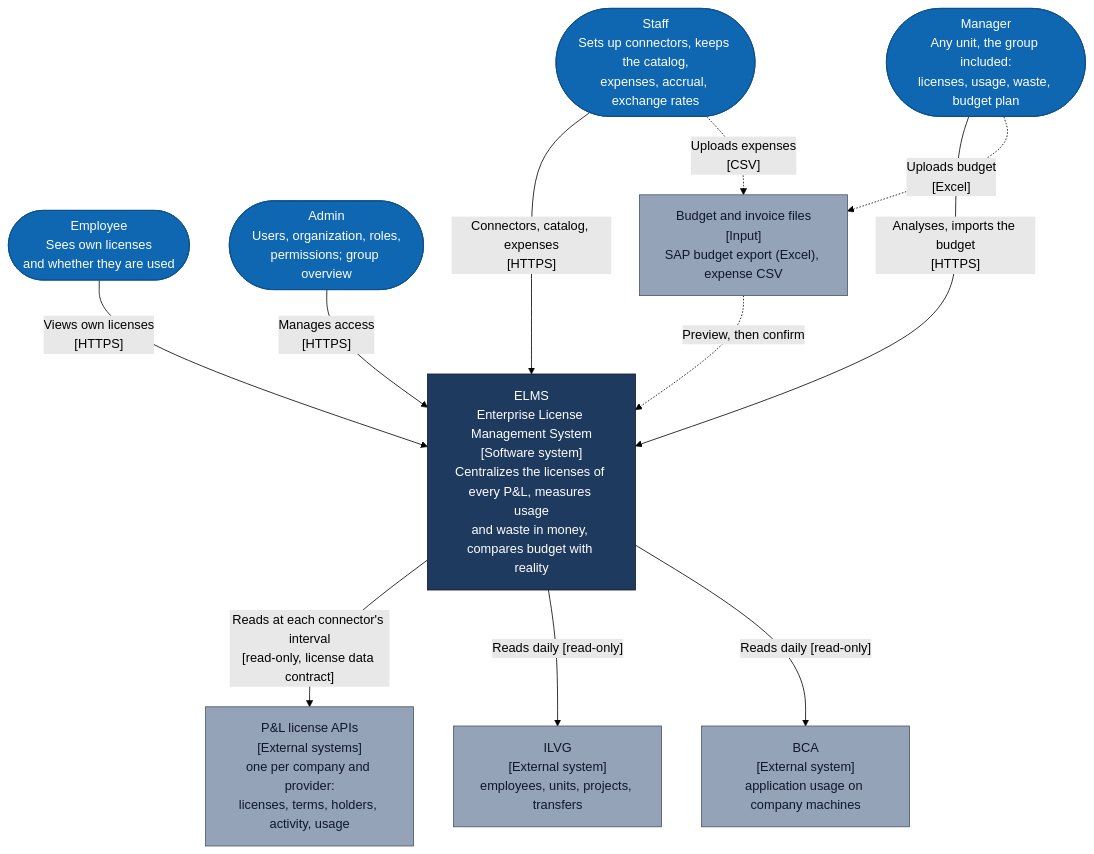
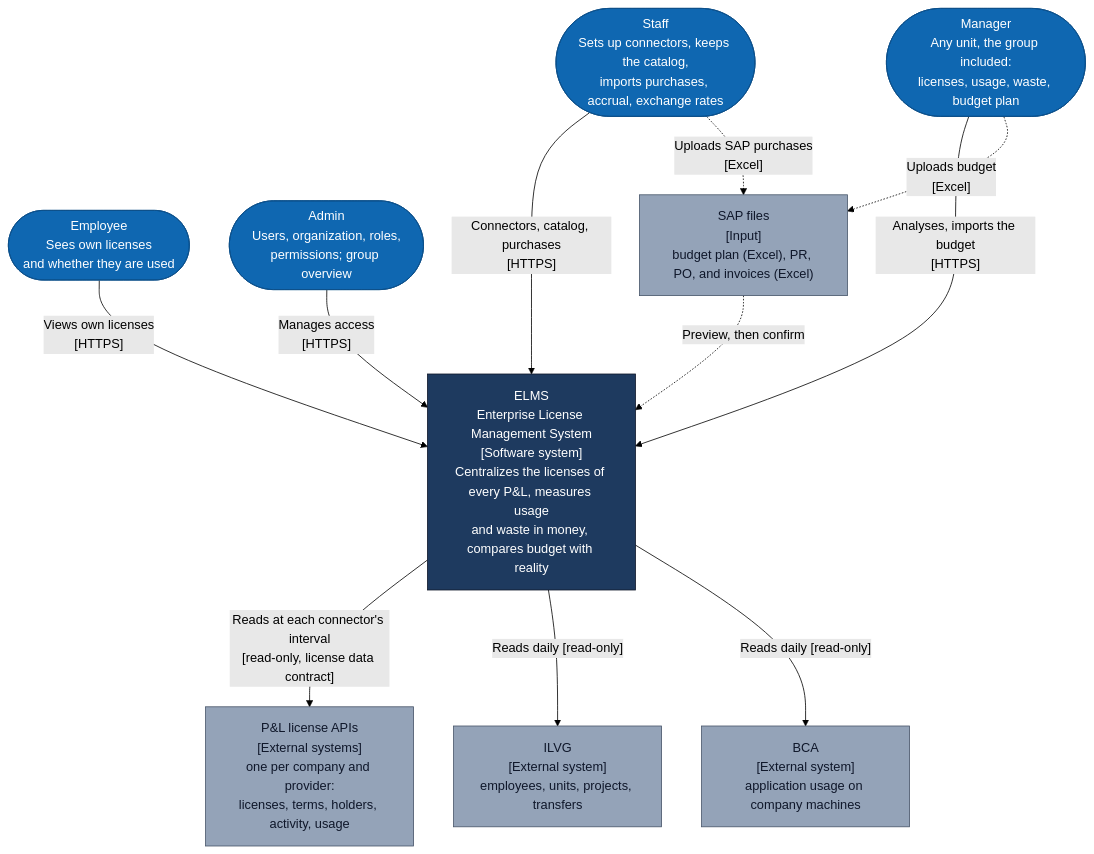
One commit to cuonglpv/VFast changed the first of 7 diagrams in docs/07-c4-architecture.md. Above: the diagram before and after it, drawn with Mermaid (forest theme). The commit also changed other lines of this file and 31 other files, not shown here.

First line of the commit message:
docs: take purchases from SAP and drop open questions from the repo

````diff
--- a/docs/07-c4-architecture.md
+++ b/docs/07-c4-architecture.md
@@ -22,32 +22,32 @@
 ```mermaid
 flowchart TB
     employee(["Employee<br/>Sees own licenses<br/>and whether they are used"])
-    staff(["Staff<br/>Sets up connectors, keeps the catalog,<br/>expenses, accrual, exchange rates"])
+    staff(["Staff<br/>Sets up connectors, keeps the catalog,<br/>imports purchases, accrual, exchange rates"])
     manager(["Manager<br/>Any unit, the group included:<br/>licenses, usage, waste, budget plan"])
     admin(["Admin<br/>Users, organization, roles,<br/>permissions; group overview"])
 
     elms["ELMS<br/>Enterprise License Management System<br/>[Software system]<br/>Centralizes the licenses of every P&L, measures usage<br/>and waste in money, compares budget with reality"]
 
     pnl["P&L license APIs<br/>[External systems]<br/>one per company and provider:<br/>licenses, terms, holders, activity, usage"]
     ilvg["ILVG<br/>[External system]<br/>employees, units, projects, transfers"]
     bca["BCA<br/>[External system]<br/>application usage on company machines"]
-    files["Budget and invoice files<br/>[Input]<br/>SAP budget export (Excel), expense CSV"]
+    files["SAP files<br/>[Input]<br/>budget plan (Excel), PR, PO, and invoices (Excel)"]
 
     employee -- "Views own licenses<br/>[HTTPS]" --> elms
-    staff -- "Connectors, catalog, expenses<br/>[HTTPS]" --> elms
+    staff -- "Connectors, catalog, purchases<br/>[HTTPS]" --> elms
     manager -- "Analyses, imports the budget<br/>[HTTPS]" --> elms
     admin -- "Manages access<br/>[HTTPS]" --> elms
     elms -- "Reads at each connector's interval<br/>[read-only, license data contract]" --> pnl
     elms -- "Reads daily [read-only]" --> ilvg
     elms -- "Reads daily [read-only]" --> bca
     manager -. "Uploads budget<br/>[Excel]" .-> files
-    staff -. "Uploads expenses<br/>[CSV]" .-> files
+    staff -. "Uploads SAP purchases<br/>[Excel]" .-> files
     files -. "Preview, then confirm" .-> elms
 
     classDef person fill:#0F67B1,stroke:#0B4F8A,color:#fff
     classDef system fill:#1E3A5F,stroke:#0F172A,color:#fff
     classDef external fill:#94A3B8,stroke:#475569,color:#0F172A
     class employee,staff,manager,admin person
     class elms system
     class pnl,ilvg,bca,files external
 ```
````
